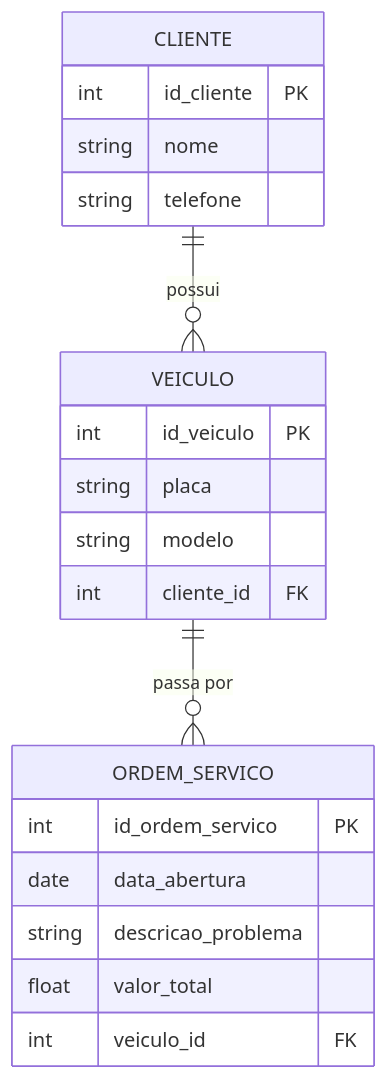
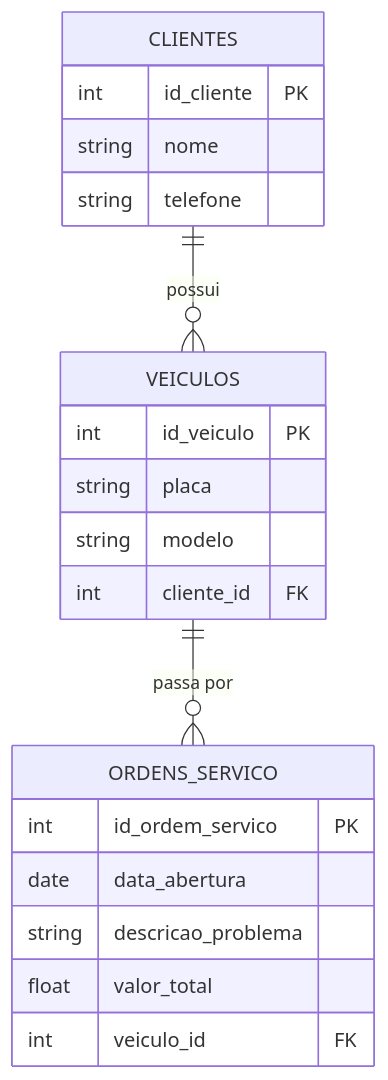
One commit to GTI-Fatec-Jahu/BDA-GTI-2026-2 changed the fourth of 8 diagrams in docs/aulas/Aula_03_Gabarito.md. Above: the diagram before and after it, drawn with Mermaid. The commit also changed other lines of this file and 5 other files, not shown here.

````diff
--- a/docs/aulas/Aula_03_Gabarito.md
+++ b/docs/aulas/Aula_03_Gabarito.md
@@ -136,23 +136,23 @@
 ```mermaid
 erDiagram
-    CLIENTE {
+    CLIENTES {
         int id_cliente PK
         string nome
         string telefone
     }
-    VEICULO {
+    VEICULOS {
         int id_veiculo PK
         string placa
         string modelo
         int cliente_id FK
     }
-    ORDEM_SERVICO {
+    ORDENS_SERVICO {
         int id_ordem_servico PK
         date data_abertura
         string descricao_problema
         float valor_total
         int veiculo_id FK
     }
-    CLIENTE ||--o{ VEICULO : "possui"
-    VEICULO ||--o{ ORDEM_SERVICO : "passa por"
+    CLIENTES ||--o{ VEICULOS : "possui"
+    VEICULOS ||--o{ ORDENS_SERVICO : "passa por"
 ```
````
